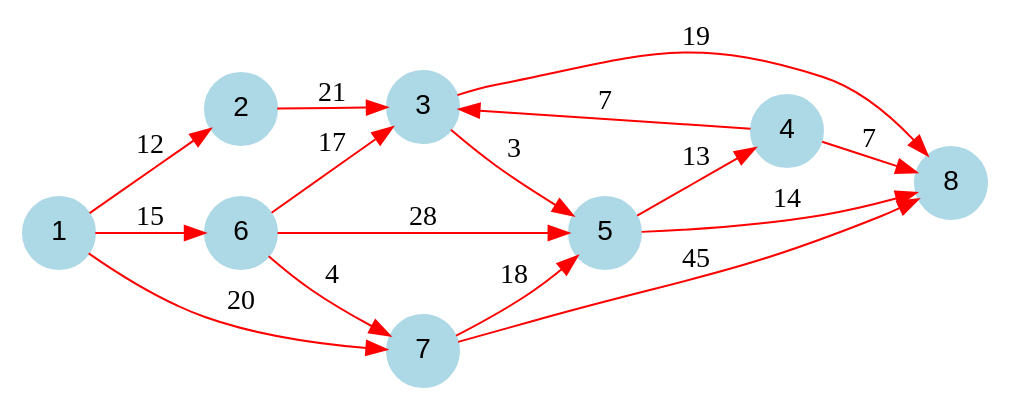
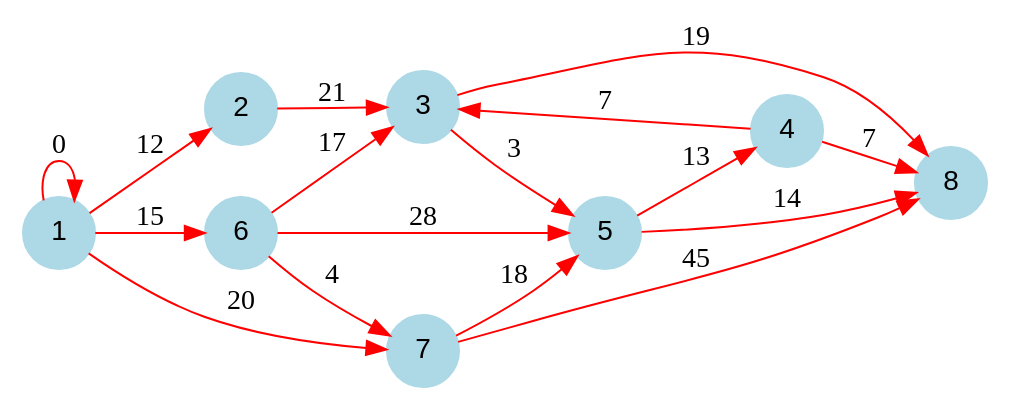
Before and after one commit to benech17/Shortest-Path: the diagram in programme2/output/dot/graph2.dot, drawn with Graphviz. The commit also changed 13 other files, not shown here.

```diff
--- a/programme2/output/dot/graph2.dot
+++ b/programme2/output/dot/graph2.dot
@@ -1,20 +1,21 @@
 digraph graphe {
 rankdir = LR;
 node [fontname="Arial", shape = circle, color=lightblue, style=filled];
 edge [color=red]
+	1 -> 1 [label = "0"];
 	1 -> 2 [label = "12"];
 	1 -> 6 [label = "15"];
 	1 -> 7 [label = "20"];
 	2 -> 3 [label = "21"];
 	3 -> 5 [label = "3"];
 	3 -> 8 [label = "19"];
 	4 -> 3 [label = "7"];
 	4 -> 8 [label = "7"];
 	5 -> 4 [label = "13"];
 	5 -> 8 [label = "14"];
 	6 -> 3 [label = "17"];
 	6 -> 5 [label = "28"];
 	6 -> 7 [label = "4"];
 	7 -> 5 [label = "18"];
 	7 -> 8 [label = "45"];
 }
```
